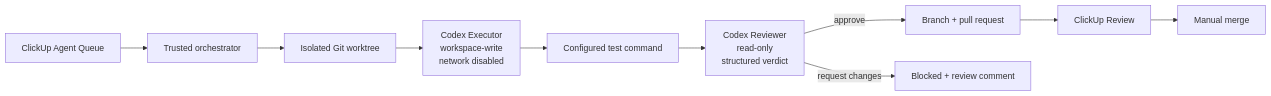
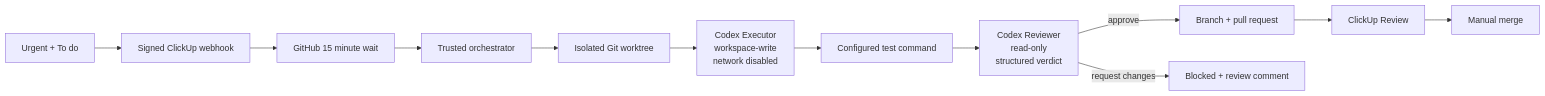
One commit to yasamkaradag34/retail-ai-tool changed the diagram in docs/codex-clickup-pipeline.md. Above: the diagram before and after it, drawn with Mermaid. The commit also changed other lines of this file and 7 other files, not shown here.

Commit message:
Add signed ClickUp events with delayed parallel agent execution

````diff
--- a/docs/codex-clickup-pipeline.md
+++ b/docs/codex-clickup-pipeline.md
@@ -5,12 +5,14 @@
 ```mermaid
 flowchart LR
-    CU[ClickUp Agent Queue] --> O[Trusted orchestrator]
+    CU[Urgent + To do] --> WH[Signed ClickUp webhook]
+    WH --> D[GitHub 15 minute wait]
+    D --> O[Trusted orchestrator]
     O --> W[Isolated Git worktree]
     W --> E[Codex Executor\nworkspace-write\nnetwork disabled]
     E --> T[Configured test command]
     T --> R[Codex Reviewer\nread-only\nstructured verdict]
     R -->|approve| PR[Branch + pull request]
     R -->|request changes| B[Blocked + review comment]
     PR --> RV[ClickUp Review]
     RV --> M[Manual merge]
 ```
````
